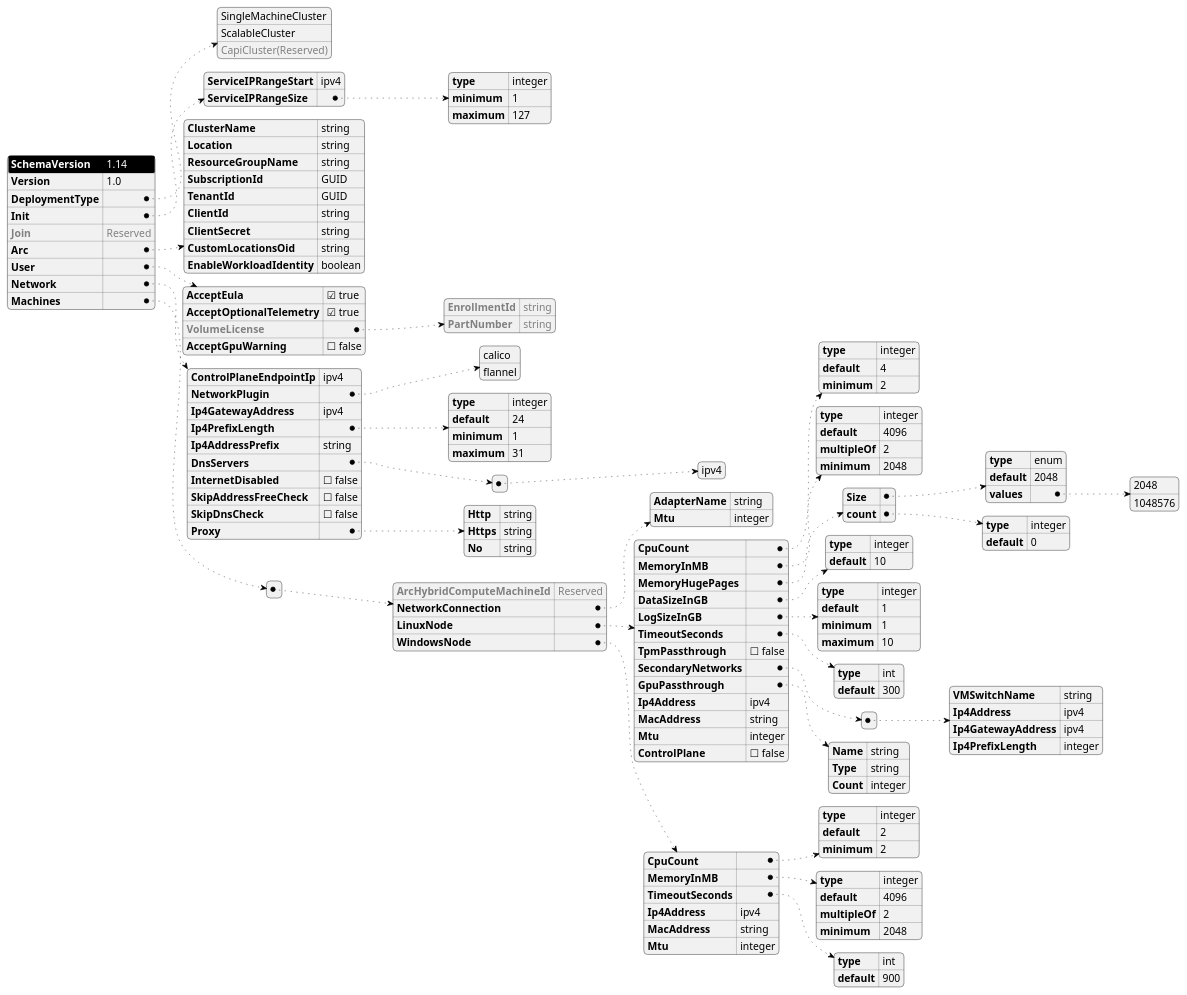
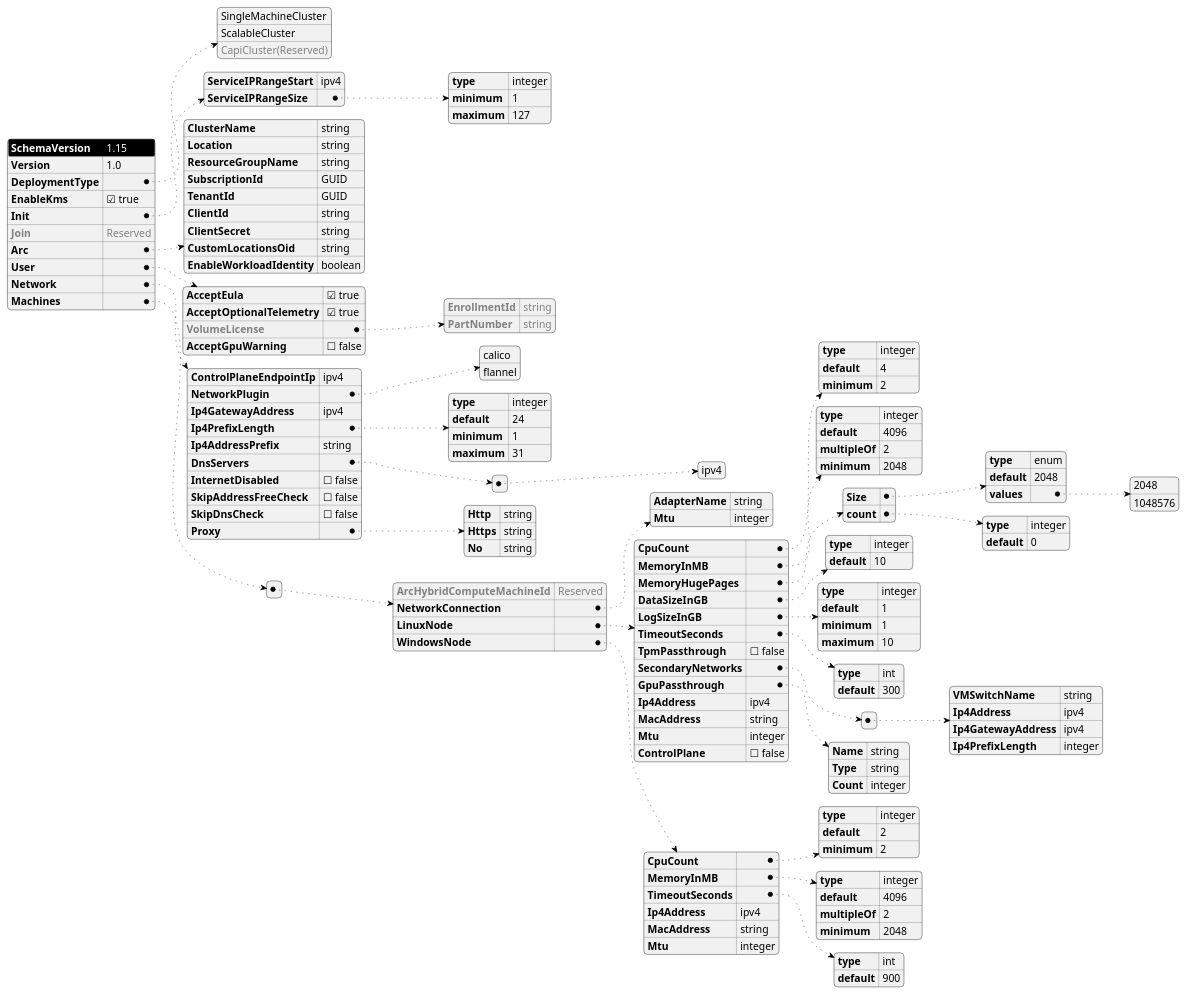
Before and after one commit to Azure/AKS-Edge: the diagram in tools/modules/AksEdgeDeploy/aksedge-dc.puml, drawn with PlantUML. The commit also changed 5 other files, not shown here.

Commit message:
update schema/enable kms flag

```diff
--- a/tools/modules/AksEdgeDeploy/aksedge-dc.puml
+++ b/tools/modules/AksEdgeDeploy/aksedge-dc.puml
@@ -1,168 +1,169 @@
 @startjson AksEdgeSchema
 <style>
 jsonDiagram {
     node {
         FontSize 14
         RoundCorner 10
         LineThickness 0.5
         separator {
             LineThickness 0.25
         }
     }
     arrow {
         LineThickness 0.5
         LineStyle 2,6
     }
     highlight {
         BackgroundColor black
         FontColor White
     }
 }
 </style>
 #highlight "SchemaVersion"
 {
-    "SchemaVersion": "1.14",
+    "SchemaVersion": "1.15",
     "Version": "1.0",
     "DeploymentType": [
             "SingleMachineCluster",
             "ScalableCluster",
             "<color:gray>CapiCluster(Reserved)"
     ],
+    "EnableKms": true,
     "Init": {
         "ServiceIPRangeStart": "ipv4",
         "ServiceIPRangeSize": {
             "type": "integer",
             "minimum" : 1,
             "maximum" : 127
         }
     },
     "<color:gray>Join":"<color:gray>Reserved",
     "Arc": {
         "ClusterName": "string",
         "Location": "string",
         "ResourceGroupName": "string",
         "SubscriptionId": "GUID",
         "TenantId": "GUID",
         "ClientId": "string",
         "ClientSecret": "string",
         "CustomLocationsOid": "string",
         "EnableWorkloadIdentity": "boolean"
     },
     "User": {
         "AcceptEula": true,
         "AcceptOptionalTelemetry": true,
         "<color:gray>VolumeLicense":{
             "<color:gray>EnrollmentId":"<color:gray>string",
             "<color:gray>PartNumber":"<color:gray>string"
         },
         "AcceptGpuWarning": false
     },
     "Network": {
         "ControlPlaneEndpointIp": "ipv4",
         "NetworkPlugin": [
                 "calico",
                 "flannel"
         ],
         "Ip4GatewayAddress": "ipv4",
         "Ip4PrefixLength": {
             "type": "integer",
             "default": 24,
             "minimum": 1,
             "maximum": 31
         },
         "Ip4AddressPrefix":"string",
         "DnsServers": [["ipv4"]],
         "InternetDisabled": false,
         "SkipAddressFreeCheck":false,
         "SkipDnsCheck":false,
         "Proxy": {
             "Http":"string",
             "Https":"string",
             "No":"string"
         }
     },
     "Machines":[{
         "<color:gray>ArcHybridComputeMachineId":"<color:gray>Reserved",
         "NetworkConnection":{
             "AdapterName":"string",
             "Mtu":"integer"
         },
         "LinuxNode":{
             "CpuCount": {
                 "type": "integer",
                 "default": 4,
                 "minimum": 2
             },
             "MemoryInMB": {
                 "type": "integer",
                 "default": 4096,
                 "multipleOf": 2,
                 "minimum": 2048
             },
             "MemoryHugePages": {
                 "Size": {
                     "type": "enum",
                     "default": 2048,
                     "values": [2048,1048576]
                 },
                 "count": {
                     "type": "integer",
                     "default": 0
                 }
             },
             "DataSizeInGB": {
                 "type": "integer",
                 "default": 10
             },
             "LogSizeInGB": {
                 "type": "integer",
                 "default": 1,
                 "minimum" : 1,
                 "maximum" : 10
             },
             "TimeoutSeconds": {
                 "type": "int",
                 "default": 300
             },
             "TpmPassthrough": false,
             "SecondaryNetworks": [
                 {
                     "VMSwitchName" : "string",
                     "Ip4Address": "ipv4",
                     "Ip4GatewayAddress": "ipv4",
                     "Ip4PrefixLength": "integer"
                 }
             ],
             "GpuPassthrough": {
                 "Name": "string",
                 "Type": "string",
                 "Count": "integer"
             },
             "Ip4Address": "ipv4",
             "MacAddress": "string",
             "Mtu": "integer",
             "ControlPlane" : false
         },
         "WindowsNode":{
             "CpuCount": {
                 "type": "integer",
                 "default": 2,
                 "minimum": 2
             },
             "MemoryInMB": {
                 "type": "integer",
                 "default": 4096,
                 "multipleOf": 2,
                 "minimum": 2048
             },
             "TimeoutSeconds": {
                 "type": "int",
                 "default": 900
             },
             "Ip4Address": "ipv4",
             "MacAddress": "string",
             "Mtu": "integer"
         }
     }]
 }
 @endjson
```
